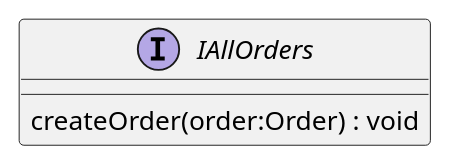
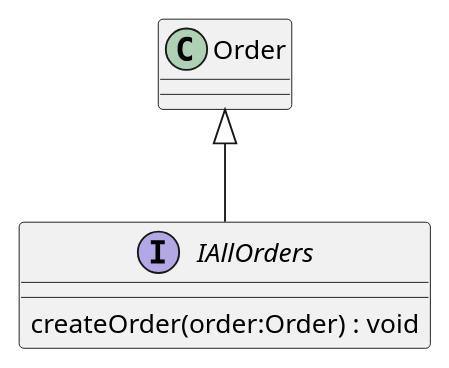
Before and after one commit to daniel2IT/CarAndGoWebApp: the diagram in CarAndGo/Data/Interfaces/IAllOrders.puml, drawn with PlantUML. The commit also changed 16 other files, not shown here.

```diff
--- a/CarAndGo/Data/Interfaces/IAllOrders.puml
+++ b/CarAndGo/Data/Interfaces/IAllOrders.puml
@@ -1,5 +1,6 @@
 @startuml
 interface IAllOrders {
     createOrder(order:Order) : void
 }
+Order <|-- IAllOrders
 @enduml
```
